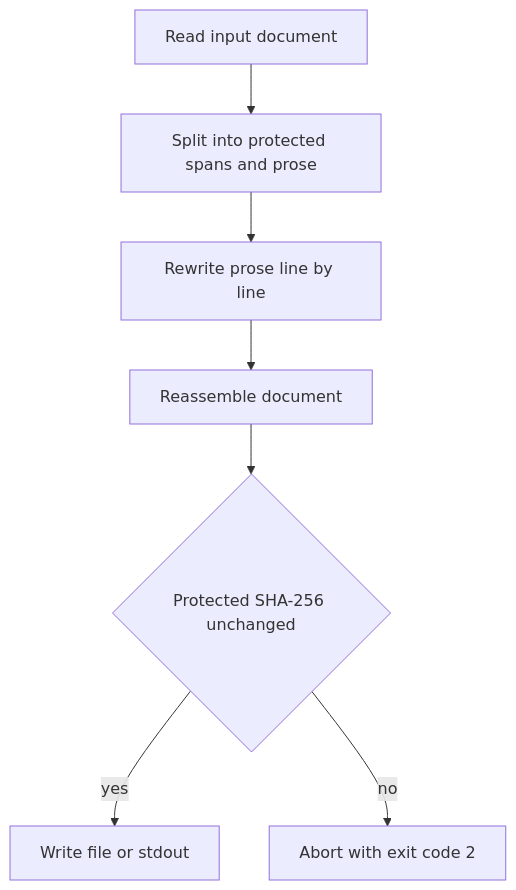
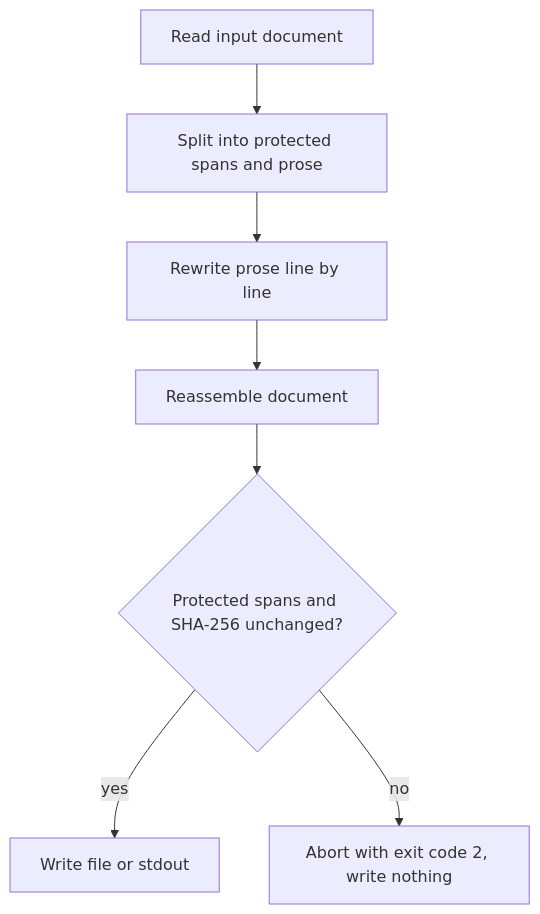
The diagram in README.md (mehmetefeaytas/textscope), drawn with Mermaid before and after one commit.

Commit message:
docs: quote Mermaid node labels so the pipeline diagram parses
Hyphens and question marks inside unquoted node text can break Mermaid's
parser, which would leave the diagram as a raw code block on the repo page.

````diff
--- a/README.md
+++ b/README.md
@@ -76,9 +76,9 @@
 ```mermaid
 flowchart TD
-    A[Read input document] --> B[Split into protected spans and prose]
-    B --> C[Rewrite prose line by line]
-    C --> D[Reassemble document]
-    D --> E{Protected SHA-256 unchanged}
-    E -- yes --> F[Write file or stdout]
-    E -- no --> G[Abort with exit code 2]
+    A["Read input document"] --> B["Split into protected spans and prose"]
+    B --> C["Rewrite prose line by line"]
+    C --> D["Reassemble document"]
+    D --> E{"Protected spans and SHA-256 unchanged?"}
+    E -- yes --> F["Write file or stdout"]
+    E -- no --> G["Abort with exit code 2, write nothing"]
 ```
````
